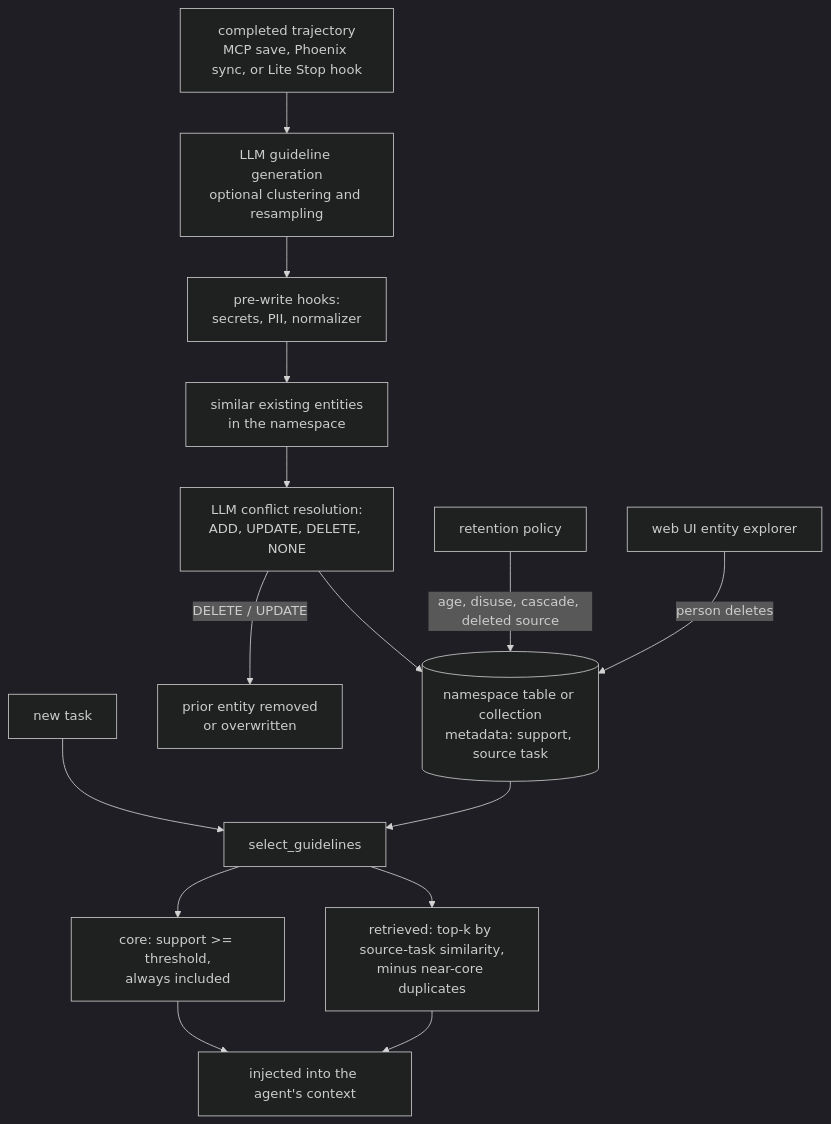
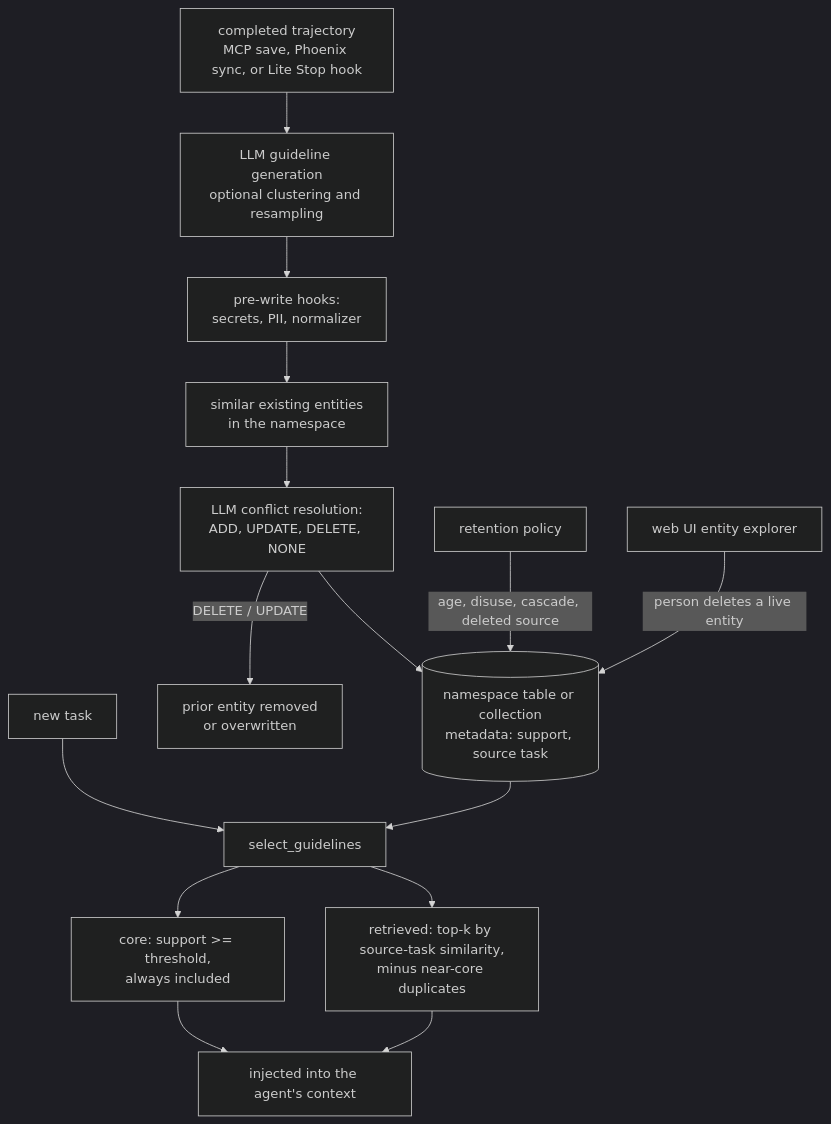
One commit to neoneye/agent-memory-atlas changed the diagram in content/systems/altk-evolve.md. Above: the diagram before and after it, drawn with Mermaid (dark theme). The commit also changed other lines of this file and 15 other files, not shown here.

````diff
--- a/content/systems/altk-evolve.md
+++ b/content/systems/altk-evolve.md
@@ -79,18 +78,18 @@
 ```mermaid
 %% caption: trajectories become guidelines, conflict resolution merges them, and each task gets a support-weighted dose
 flowchart TB
     TR["completed trajectory<br/>MCP save, Phoenix sync, or Lite Stop hook"] --> GEN["LLM guideline generation<br/>optional clustering and resampling"]
     GEN --> HOOK["pre-write hooks:<br/>secrets, PII, normalizer"]
     HOOK --> SIM["similar existing entities<br/>in the namespace"]
     SIM --> CR["LLM conflict resolution:<br/>ADD, UPDATE, DELETE, NONE"]
     CR --> STORE[("namespace table or collection<br/>metadata: support, source task")]
     CR -->|"DELETE / UPDATE"| GONE["prior entity removed<br/>or overwritten"]
     TASK["new task"] --> SEL["select_guidelines"]
     STORE --> SEL
     SEL --> CORE["core: support >= threshold,<br/>always included"]
     SEL --> RET["retrieved: top-k by source-task similarity,<br/>minus near-core duplicates"]
     CORE --> INJ["injected into the agent's context"]
     RET --> INJ
     RETN["retention policy"] -->|"age, disuse, cascade, deleted source"| STORE
-    UI["web UI entity explorer"] -->|"person deletes"| STORE
+    UI["web UI entity explorer"] -->|"person deletes a live entity"| STORE
 ```
````
